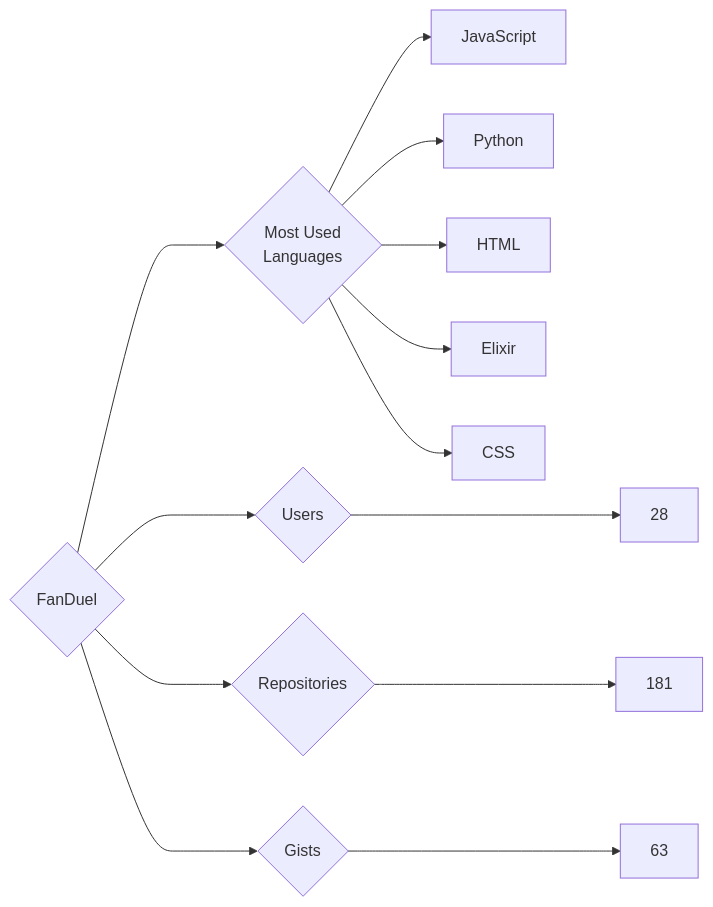
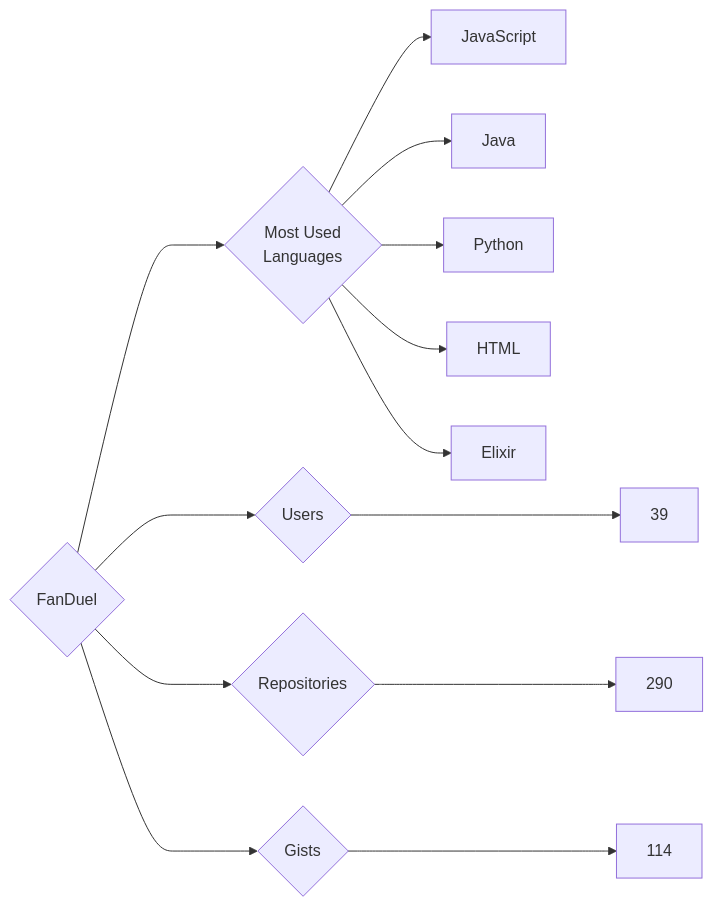
The diagram in targets/FanDuel/README.md (trickest/insiders), drawn with Mermaid before and after one commit. The commit also changed 944 other files, not shown here.

````diff
--- a/targets/FanDuel/README.md
+++ b/targets/FanDuel/README.md
@@ -3,13 +3,13 @@
 ```mermaid
 graph LR
 COMPANY_NAME{FanDuel}
-COMPANY_NAME ---> U{Users} ---> UN[28]
-COMPANY_NAME ---> R{Repositories} ---> RN[181]
-COMPANY_NAME ---> G{Gists} ---> GN[63]
+COMPANY_NAME ---> U{Users} ---> UN[39]
+COMPANY_NAME ---> R{Repositories} ---> RN[290]
+COMPANY_NAME ---> G{Gists} ---> GN[114]
 COMPANY_NAME ---> ML{Most Used<br>Languages}
 ML --> JavaScript[JavaScript]
+ML --> Java[Java]
 ML --> Python[Python]
 ML --> HTML[HTML]
 ML --> Elixir[Elixir]
-ML --> CSS[CSS]
 ```
````
